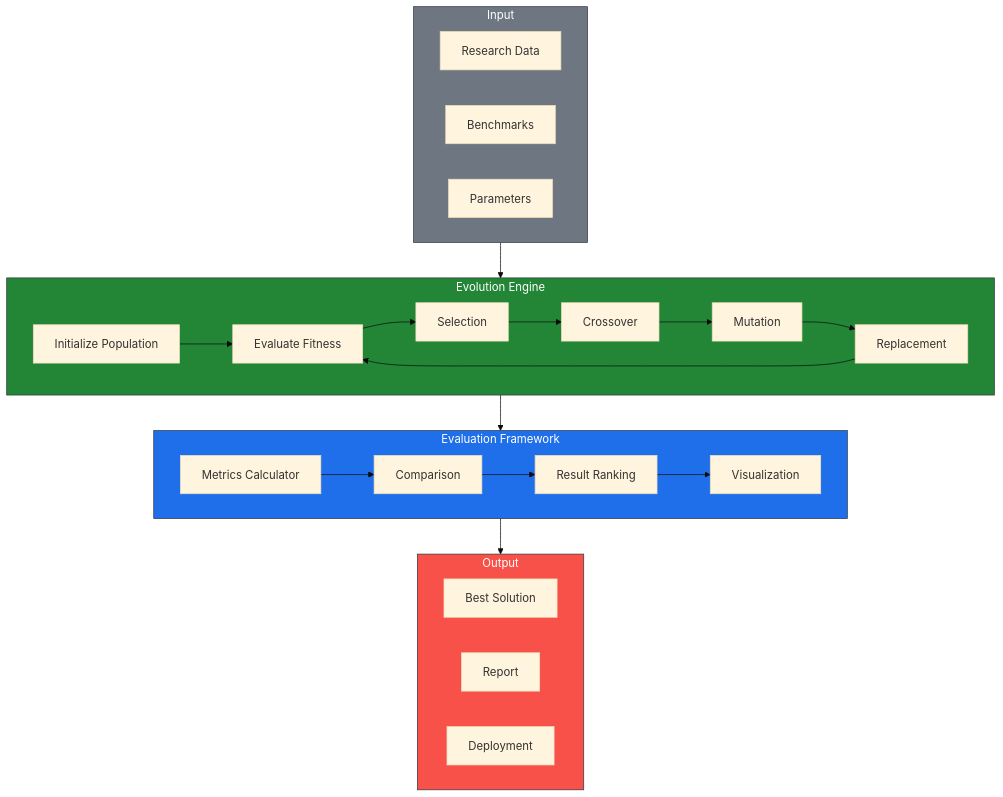
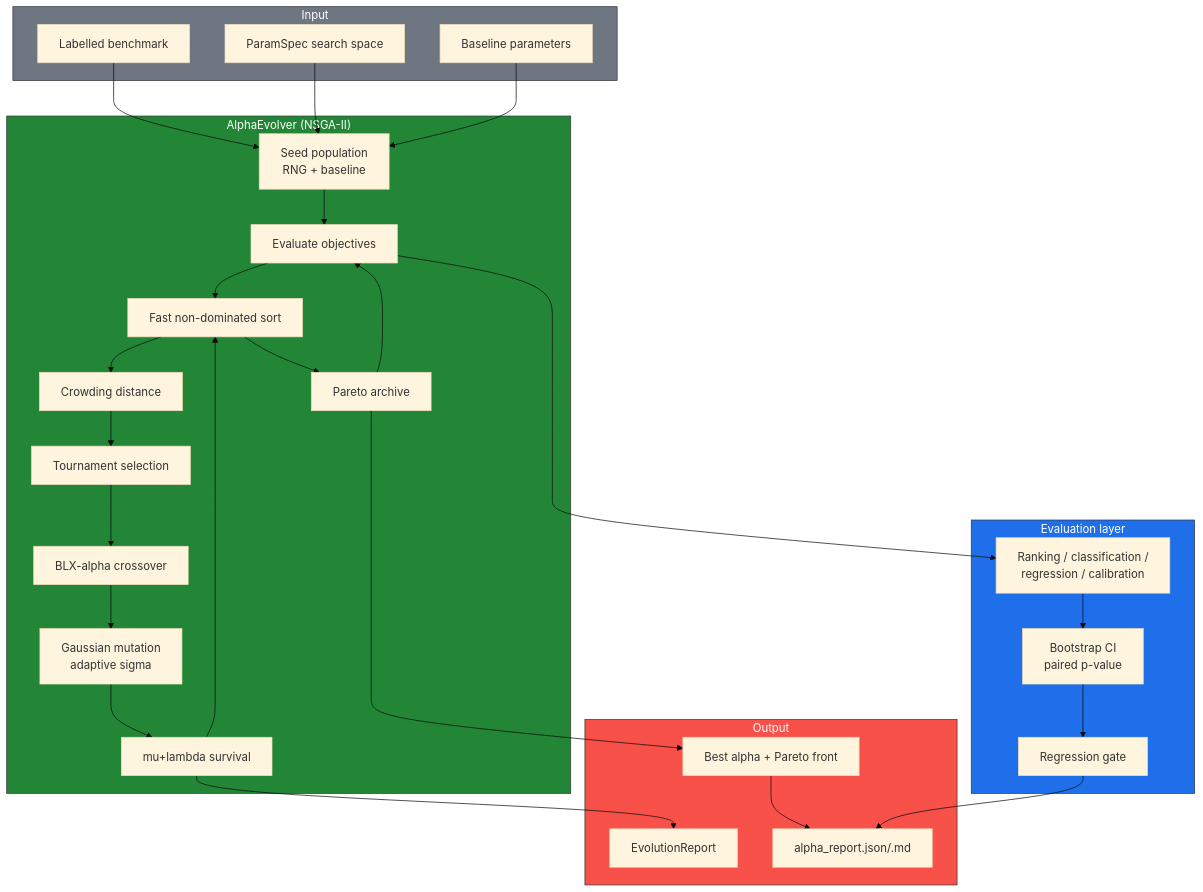
Before and after one commit to AAH20/acquisition-platform-research: the fourth of 6 diagrams in README.md, drawn with Mermaid (base theme). The commit also changed other lines of this file and 21 other files, not shown here.

First line of the commit message:
feat: NSGA-II alpha evolution engine with measured held-out gains

````diff
--- a/README.md
+++ b/README.md
@@ -375,50 +425,58 @@
 ```mermaid
 flowchart TD
     subgraph Input["Input"]
-        DATA[Research Data]
-        BENCH[Benchmarks]
-        PARAMS[Parameters]
+        DATA["Labelled benchmark"]
+        SPEC["ParamSpec search space"]
+        BASE["Baseline parameters"]
     end
 
-    subgraph Evolution["Evolution Engine"]
-        INIT[Initialize Population]
-        EVAL[Evaluate Fitness]
-        SELECT[Selection]
-        CROSS[Crossover]
-        MUTATE[Mutation]
-        REPLACEMENT[Replacement]
+    subgraph Evolution["AlphaEvolver (NSGA-II)"]
+        INIT["Seed population<br/>RNG + baseline"]
+        EVAL["Evaluate objectives"]
+        SORT["Fast non-dominated sort"]
+        CROWD["Crowding distance"]
+        SELECT["Tournament selection"]
+        CROSS["BLX-alpha crossover"]
+        MUTATE["Gaussian mutation<br/>adaptive sigma"]
+        MERGE["mu+lambda survival"]
+        ARCHIVE["Pareto archive"]
     end
 
-    subgraph Evaluation["Evaluation Framework"]
-        METRICS[Metrics Calculator]
-        COMPARISON[Comparison]
-        RANKING[Result Ranking]
-        VISUAL[Visualization]
+    subgraph Evaluation["Evaluation layer"]
+        METRICS["Ranking / classification /<br/>regression / calibration"]
+        STATS["Bootstrap CI<br/>paired p-value"]
+        GATE["Regression gate"]
     end
 
     subgraph Output["Output"]
-        BEST[Best Solution]
-        REPORT[Report]
-        DEPLOY[Deployment]
+        BEST["Best alpha + Pareto front"]
+        REPORT["EvolutionReport"]
+        ARTIFACT["alpha_report.json/.md"]
     end
 
-    Input --> Evolution
-    Evolution --> Evaluation
-    Evaluation --> Output
-
+    DATA --> INIT
+    SPEC --> INIT
+    BASE --> INIT
     INIT --> EVAL
-    EVAL --> SELECT
+    EVAL --> SORT
+    SORT --> CROWD
+    CROWD --> SELECT
     SELECT --> CROSS
     CROSS --> MUTATE
-    MUTATE --> REPLACEMENT
-    REPLACEMENT --> EVAL
-
-    METRICS --> COMPARISON
-    COMPARISON --> RANKING
-    RANKING --> VISUAL
+    MUTATE --> MERGE
+    MERGE --> SORT
+    SORT --> ARCHIVE
+    ARCHIVE --> EVAL
+    EVAL --> METRICS
+    METRICS --> STATS
+    STATS --> GATE
+    ARCHIVE --> BEST
+    MERGE --> REPORT
+    BEST --> ARTIFACT
+    GATE --> ARTIFACT
 
     style Input fill:#6e7681,stroke:#30363d,color:#fff
     style Evolution fill:#238636,stroke:#30363d,color:#fff
     style Evaluation fill:#1f6feb,stroke:#30363d,color:#fff
     style Output fill:#f85149,stroke:#30363d,color:#fff
 ```
````
